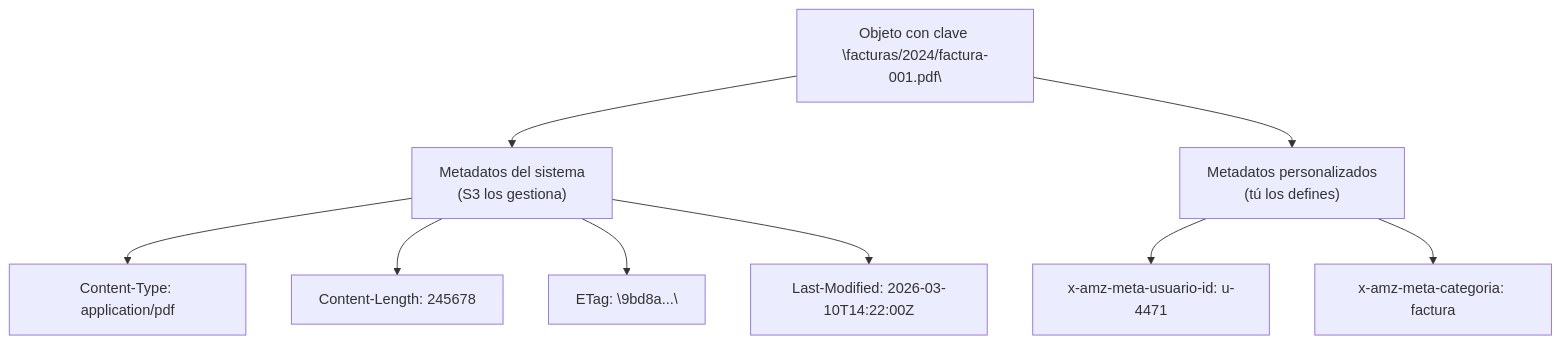
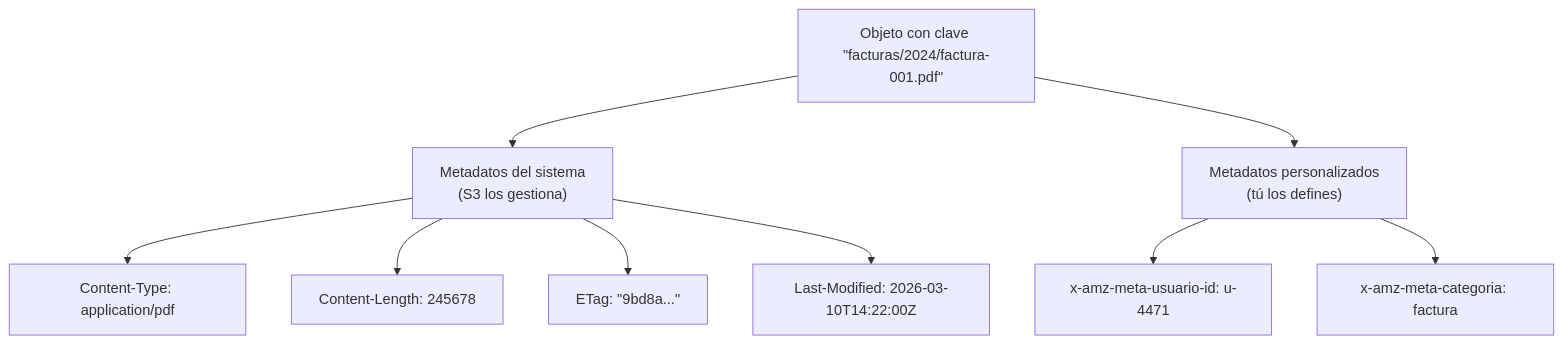
Before and after one commit to NICORUIZ93/Academia_Floci: the second of 6 diagrams in web/public/content/cloud/modulo-2.md, drawn with Mermaid. The commit also changed 5 other files, not shown here.

````diff
--- a/web/public/content/cloud/modulo-2.md
+++ b/web/public/content/cloud/modulo-2.md
@@ -152,12 +152,12 @@
 ```mermaid
 flowchart TD
-    O["Objeto con clave \"facturas/2024/factura-001.pdf\""]
+    O["Objeto con clave &quot;facturas/2024/factura-001.pdf&quot;"]
     O --> SYS["Metadatos del sistema\n(S3 los gestiona)"]
     SYS --> S1["Content-Type: application/pdf"]
     SYS --> S2["Content-Length: 245678"]
-    SYS --> S3E["ETag: \"9bd8a...\""]
+    SYS --> S3E["ETag: &quot;9bd8a...&quot;"]
     SYS --> S4["Last-Modified: 2026-03-10T14:22:00Z"]
     O --> CUS["Metadatos personalizados\n(tú los defines)"]
     CUS --> C1["x-amz-meta-usuario-id: u-4471"]
     CUS --> C2["x-amz-meta-categoria: factura"]
 ```
````
